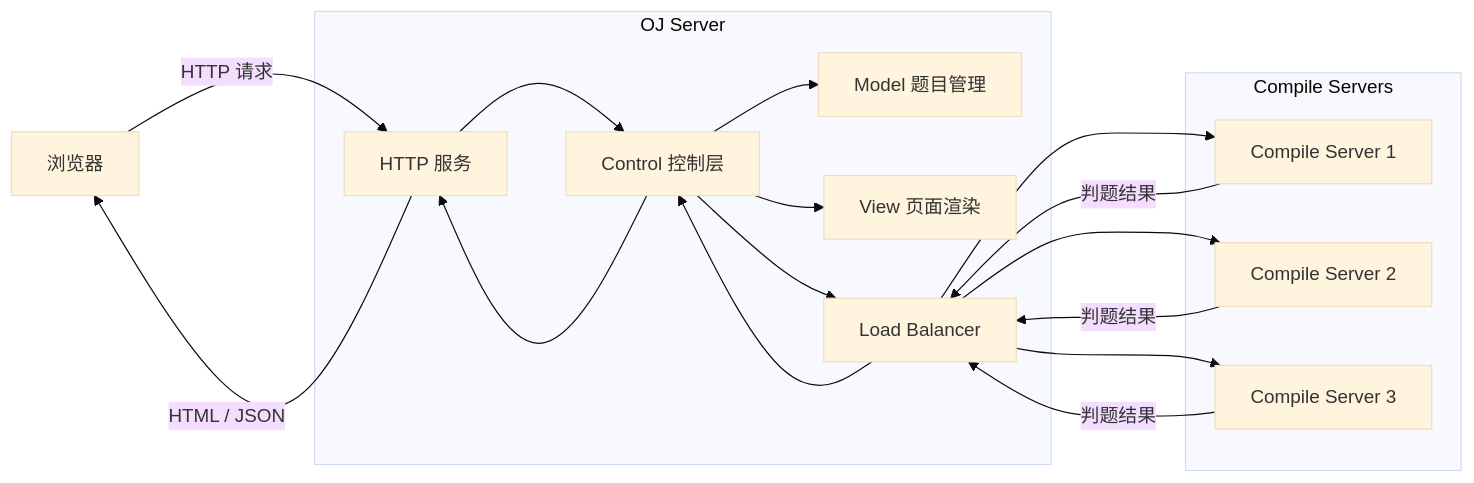
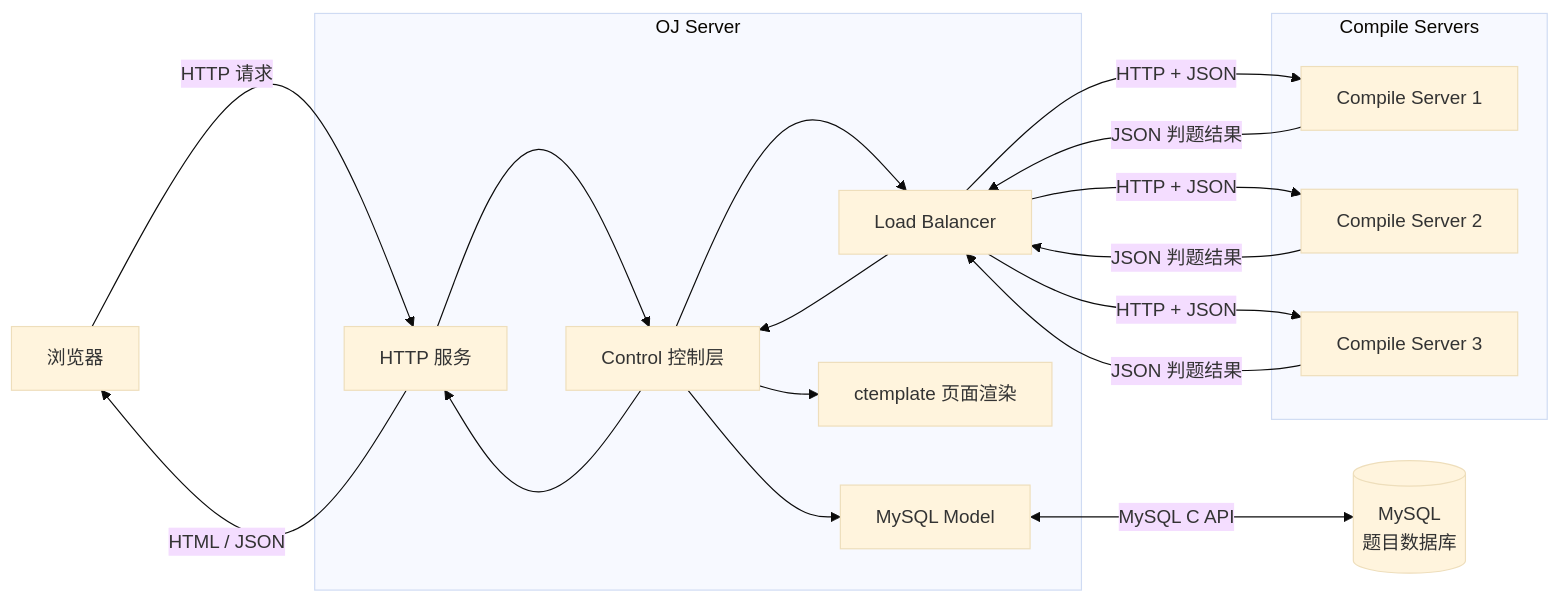
The first of 2 diagrams in README.md (HaoPing0124/load-balanced-online-judge), drawn with Mermaid (base theme) before and after one commit. The commit also changed other lines of this file, not shown here.

````diff
--- a/README.md
+++ b/README.md
@@ -55,37 +81,41 @@
 ```mermaid
 flowchart LR
     Browser[浏览器]
 
     subgraph OJServer[OJ Server]
         HTTPService[HTTP 服务]
         Control[Control 控制层]
-        Model[Model 题目管理]
-        View[View 页面渲染]
+        Model[MySQL Model]
+        View[ctemplate 页面渲染]
         LoadBalancer[Load Balancer]
     end
+
+    Database[(MySQL<br/>题目数据库)]
 
     subgraph CompileServers[Compile Servers]
         Server1[Compile Server 1]
         Server2[Compile Server 2]
         Server3[Compile Server 3]
     end
 
     Browser -->|HTTP 请求| HTTPService
     HTTPService --> Control
 
     Control --> Model
+    Model <-->|MySQL C API| Database
+
     Control --> View
     Control --> LoadBalancer
 
-    LoadBalancer --> Server1
-    LoadBalancer --> Server2
-    LoadBalancer --> Server3
+    LoadBalancer -->|HTTP + JSON| Server1
+    LoadBalancer -->|HTTP + JSON| Server2
+    LoadBalancer -->|HTTP + JSON| Server3
 
-    Server1 -->|判题结果| LoadBalancer
-    Server2 -->|判题结果| LoadBalancer
-    Server3 -->|判题结果| LoadBalancer
+    Server1 -->|JSON 判题结果| LoadBalancer
+    Server2 -->|JSON 判题结果| LoadBalancer
+    Server3 -->|JSON 判题结果| LoadBalancer
 
     LoadBalancer --> Control
     Control --> HTTPService
     HTTPService -->|HTML / JSON| Browser
 ```
````
